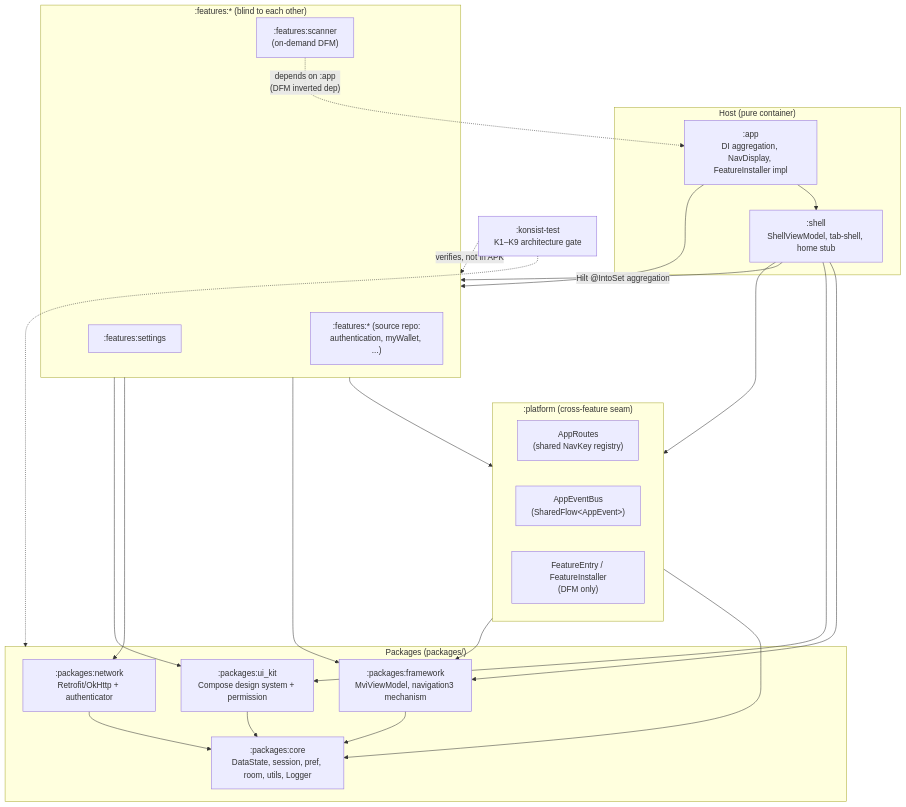
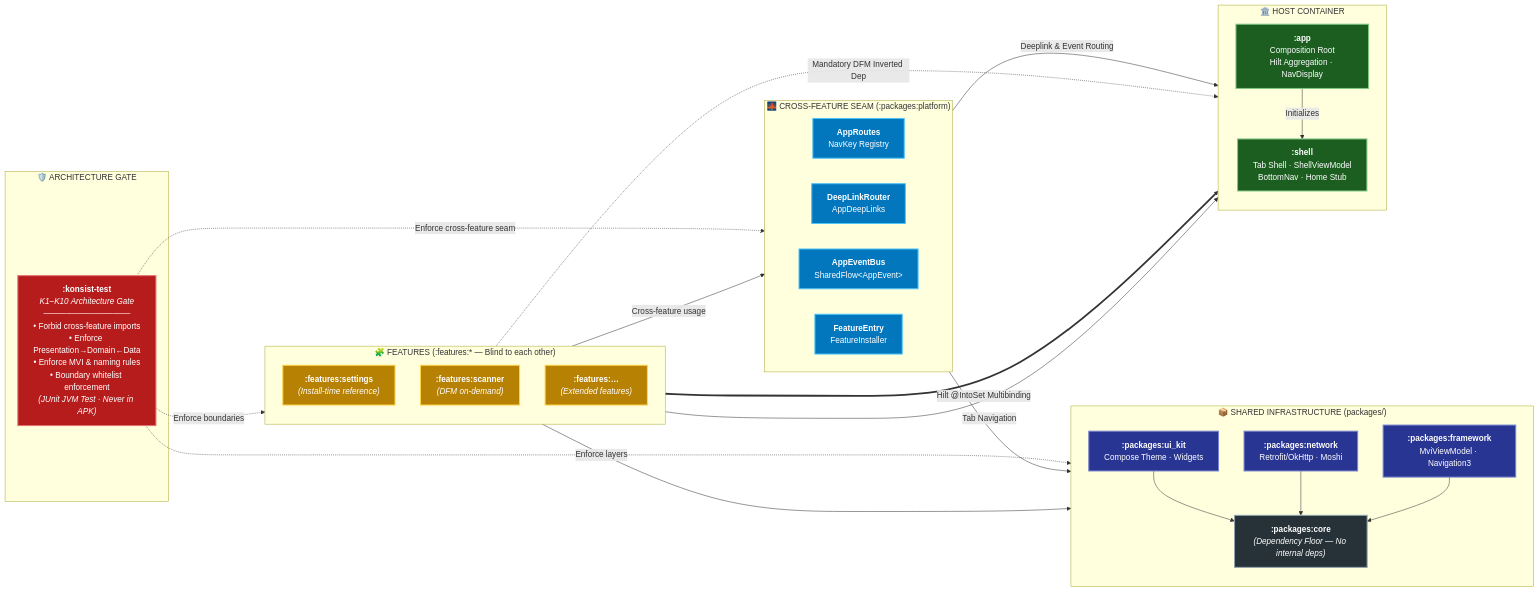
One commit to DanhDue/android_digital_wallet changed the first of 3 diagrams in .devtool/epic/android_super_app_template/android_super_app_template.en.md. Above: the diagram before and after it, drawn with Mermaid. The commit also changed other lines of this file and 26 other files, not shown here.

Commit message:
[DEEPLINK_ROUTER] uppdate documents & clean the tasks.

````diff
--- a/.devtool/epic/android_super_app_template/android_super_app_template.en.md
+++ b/.devtool/epic/android_super_app_template/android_super_app_template.en.md
@@ -59,49 +59,82 @@
 ```mermaid
-graph TD
-    subgraph Host["Host (pure container)"]
-        APP[":app<br/>DI aggregation, NavDisplay, FeatureInstaller impl"]
-        SHELL[":shell<br/>ShellViewModel, tab-shell, home stub"]
+flowchart LR
+    %% ==========================================
+    %% 1. LEFT: Architecture Gate (Konsist)
+    %% ==========================================
+    subgraph GATE["🛡️ ARCHITECTURE GATE"]
+        KONSIST["<b>:konsist-test</b><br/><i>K1–K10 Architecture Gate</i><br/>───────────────<br/>• Forbid cross-feature imports<br/>• Enforce Presentation→Domain←Data<br/>• Enforce MVI & naming rules<br/>• Boundary whitelist enforcement<br/><i>(JUnit JVM Test · Never in APK)</i>"]
     end
 
-    subgraph Platform[":platform (cross-feature seam)"]
-        ROUTES["AppRoutes<br/>(shared NavKey registry)"]
-        BUS["AppEventBus<br/>(SharedFlow&lt;AppEvent&gt;)"]
-        FE["FeatureEntry / FeatureInstaller<br/>(DFM only)"]
+    %% ==========================================
+    %% 2. MIDDLE: Features & Infrastructure
+    %% ==========================================
+    subgraph Features["🧩 FEATURES (:features:* — Blind to each other)"]
+        direction TB
+        F_SET["<b>:features:settings</b><br/><i>(Install-time reference)</i>"]
+        F_SCAN["<b>:features:scanner</b><br/><i>(DFM on-demand)</i>"]
+        F_BIZ["<b>:features:…</b><br/><i>(Extended features)</i>"]
     end
 
-    subgraph Features[":features:* (blind to each other)"]
-        F_SET[":features:settings"]
-        F_SCAN[":features:scanner<br/>(on-demand DFM)"]
-        F_BIZ[":features:* (source repo:<br/>authentication, myWallet, ...)"]
+    subgraph Seam["🌉 CROSS-FEATURE SEAM (:packages:platform)"]
+        direction LR
+        ROUTES["<b>AppRoutes</b><br/>NavKey Registry"]
+        ROUTER["<b>DeepLinkRouter</b><br/>AppDeepLinks"]
+        BUS["<b>AppEventBus</b><br/>SharedFlow&lt;AppEvent&gt;"]
+        FE["<b>FeatureEntry</b><br/>FeatureInstaller"]
     end
 
-    subgraph Packages["Packages (packages/)"]
-        FRAMEWORK[":packages:framework<br/>MviViewModel, navigation3 mechanism"]
-        NETWORK[":packages:network<br/>Retrofit/OkHttp + authenticator"]
-        UIKIT[":packages:ui_kit<br/>Compose design system + permission"]
-        CORE[":packages:core<br/>DataState, session, pref, room, utils, Logger"]
+    subgraph Packages["📦 SHARED INFRASTRUCTURE (packages/)"]
+        direction TB
+        UIKIT["<b>:packages:ui_kit</b><br/>Compose Theme · Widgets"]
+        NETWORK["<b>:packages:network</b><br/>Retrofit/OkHttp · Moshi"]
+        FRAMEWORK["<b>:packages:framework</b><br/>MviViewModel · Navigation3"]
+        CORE["<b>:packages:core</b><br/><i>(Dependency Floor — No internal deps)</i>"]
+        UIKIT --> CORE
+        NETWORK --> CORE
+        FRAMEWORK --> CORE
     end
 
-    APP --> SHELL
-    APP -->|Hilt @IntoSet aggregation| Features
-    SHELL --> Features
-    SHELL --> Platform
-    SHELL --> FRAMEWORK
-    SHELL --> UIKIT
+    %% ==========================================
+    %% 3. RIGHT: Host Container
+    %% ==========================================
+    subgraph Host["🏛️ HOST CONTAINER"]
+        direction TB
+        APP["<b>:app</b><br/>Composition Root<br/>Hilt Aggregation · NavDisplay"]
+        SHELL["<b>:shell</b><br/>Tab Shell · ShellViewModel<br/>BottomNav · Home Stub"]
+        APP -->|"Initializes"| SHELL
+    end
 
-    Features --> Platform
-    Features --> FRAMEWORK
-    Features --> NETWORK
-    Features --> UIKIT
+    %% Align horizontally: Gate (Left) -> Features (Middle) -> Host (Right)
+    KONSIST ~~~ F_SET ~~~ APP
 
-    F_SCAN -.->|"depends on :app<br/>(DFM inverted dep)"| APP
+    %% Gate verifies all layers
+    KONSIST -.->|"Enforce boundaries"| Features
+    KONSIST -.->|"Enforce layers"| Packages
+    KONSIST -.->|"Enforce cross-feature seam"| Seam
 
-    Platform --> CORE
-    Platform --> FRAMEWORK
-    FRAMEWORK --> CORE
-    NETWORK --> CORE
-    UIKIT --> CORE
+    %% Features & Seam connect to Host on the Right
+    Features ==>|"Hilt @IntoSet Multibinding"| APP
+    F_SCAN -.->|"Mandatory DFM Inverted Dep"| APP
+    Features -->|"Tab Navigation"| SHELL
+    Seam -->|"Deeplink & Event Routing"| SHELL
 
-    KONSIST[":konsist-test<br/>K1–K9 architecture gate"] -.->|verifies, not in APK| Features
-    KONSIST -.-> Packages
+    %% Features in Middle connect to infrastructure
+    Seam --> CORE
+    Features -->|"Cross-feature usage"| Seam
+    Features --> Packages
+
+    %% Styling
+    classDef host fill:#1b5e20,stroke:#81c784,stroke-width:2px,color:#ffffff
+    classDef feat fill:#b78103,stroke:#ffd54f,stroke-width:2px,color:#ffffff
+    classDef seam fill:#0277bd,stroke:#4fc3f7,stroke-width:2px,color:#ffffff
+    classDef pkg fill:#283593,stroke:#7986cb,stroke-width:2px,color:#ffffff
+    classDef core fill:#263238,stroke:#90a4ae,stroke-width:2px,color:#ffffff
+    classDef gate fill:#b71c1c,stroke:#e57373,stroke-width:2px,color:#ffffff
+
+    class APP,SHELL host
+    class F_SET,F_SCAN,F_BIZ feat
+    class ROUTES,ROUTER,BUS,FE seam
+    class FRAMEWORK,NETWORK,UIKIT pkg
+    class CORE core
+    class KONSIST gate
 ```
````
